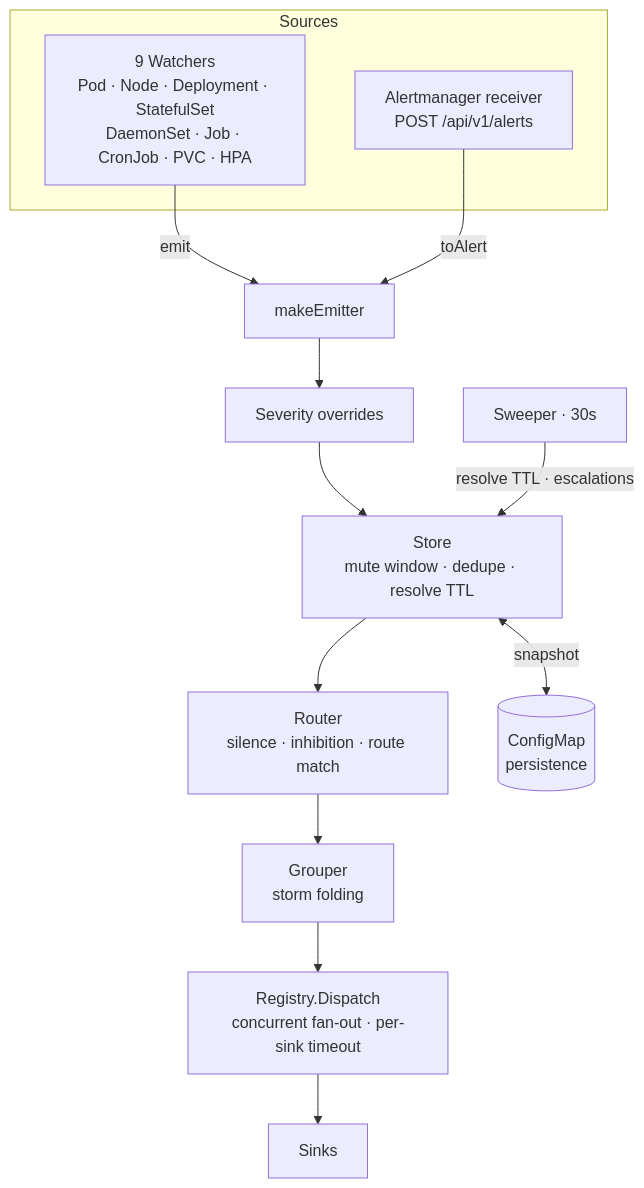
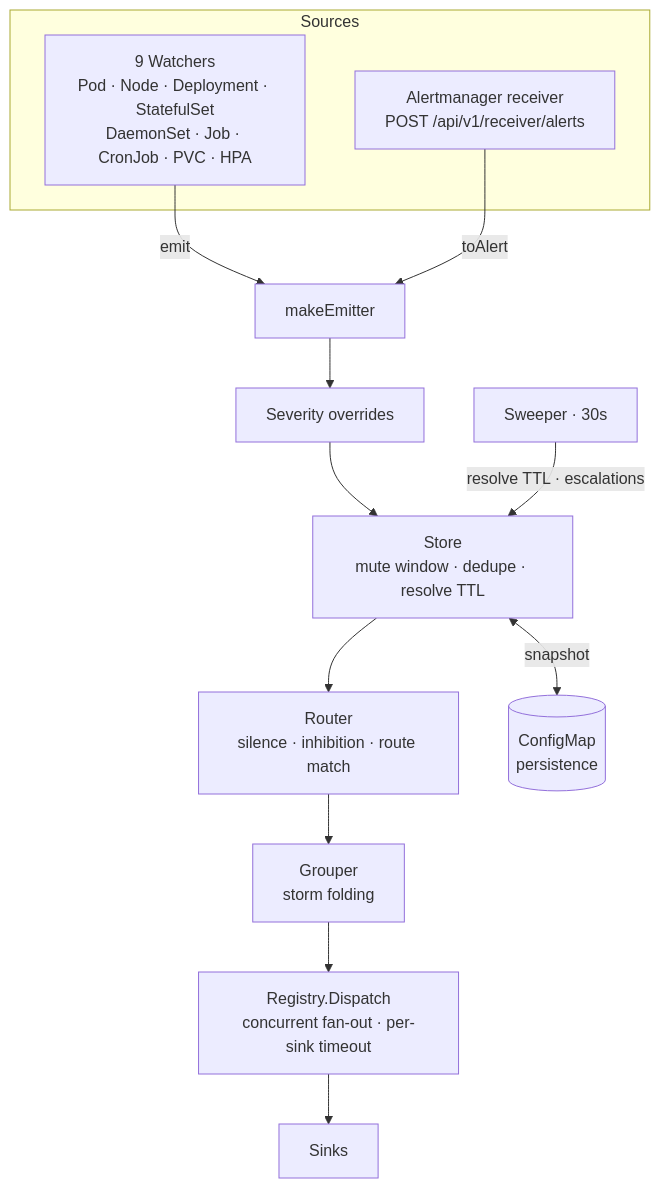
One commit to aryasoni98/alertkube changed the first of 6 diagrams in docs/docs/architecture.md. Above: the diagram before and after it, drawn with Mermaid. The commit also changed other lines of this file and 250 other files, not shown here.

````diff
--- a/docs/docs/architecture.md
+++ b/docs/docs/architecture.md
@@ -7,17 +7,17 @@
 ```mermaid
 flowchart TB
   subgraph Sources
     W[9 Watchers<br/>Pod · Node · Deployment · StatefulSet<br/>DaemonSet · Job · CronJob · PVC · HPA]
-    RC[Alertmanager receiver<br/>POST /api/v1/alerts]
+    RC[Alertmanager receiver<br/>POST /api/v1/receiver/alerts]
   end
   W -- emit --> EM[makeEmitter]
   RC -- toAlert --> EM
   EM --> SO[Severity overrides]
   SO --> ST[Store<br/>mute window · dedupe · resolve TTL]
   ST --> RT[Router<br/>silence · inhibition · route match]
   RT --> GR[Grouper<br/>storm folding]
   GR --> DI[Registry.Dispatch<br/>concurrent fan-out · per-sink timeout]
   DI --> SK[Sinks]
   ST <-->|snapshot| PE[(ConfigMap<br/>persistence)]
   SW[Sweeper · 30s] -->|resolve TTL · escalations| ST
 ```
````
